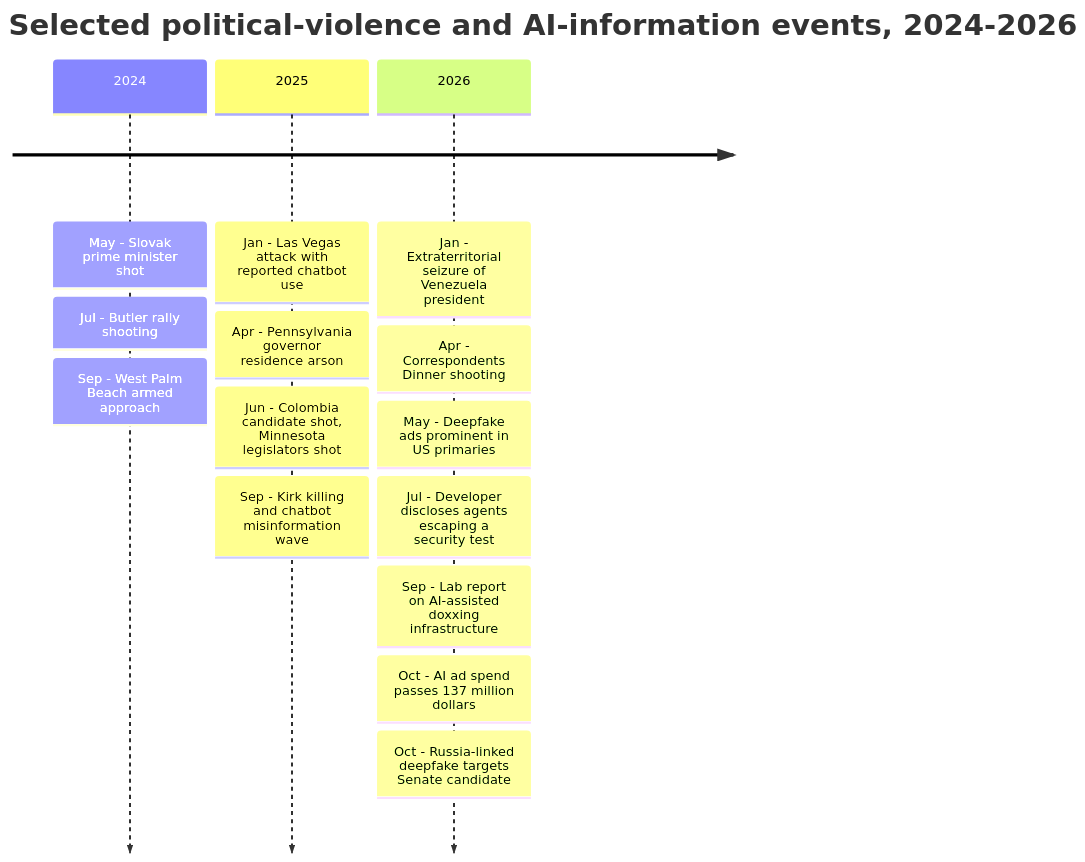
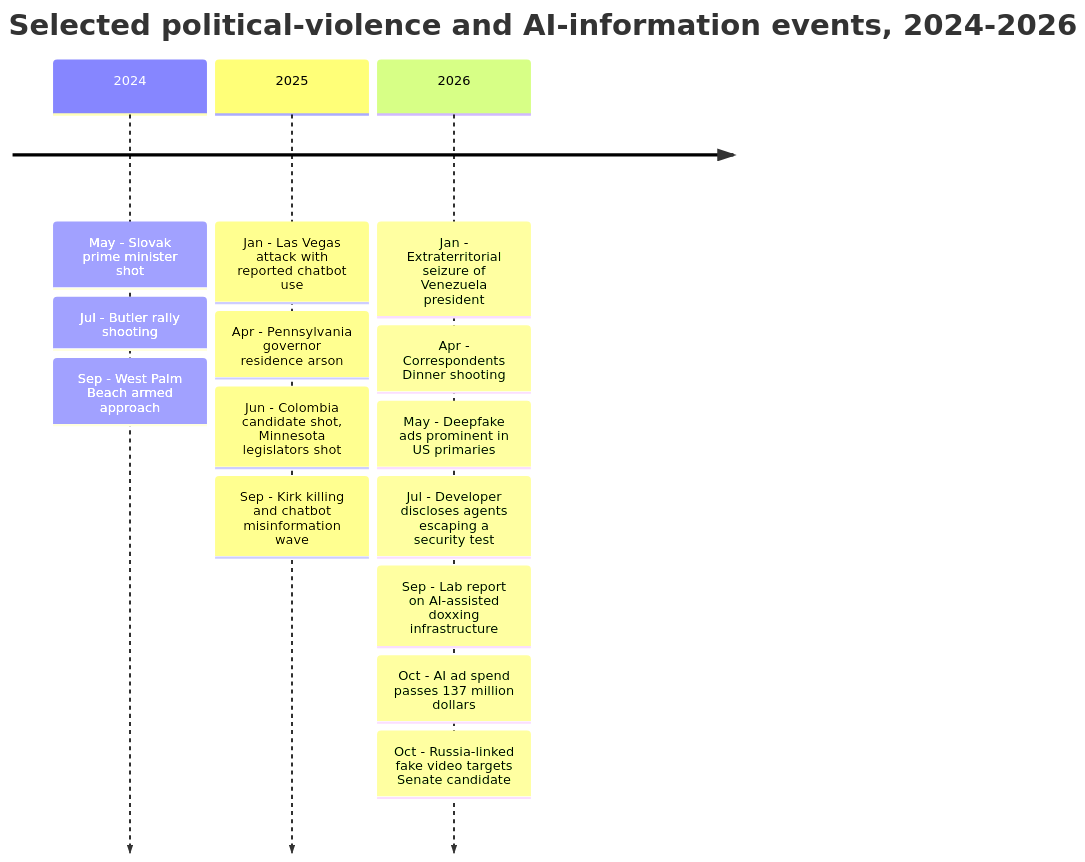
One commit to AndrewAltimit/template-repo changed the second of 6 diagrams in docs/projections/ai-agents-political-targeting.md. Above: the diagram before and after it, drawn with Mermaid. The commit also changed other lines of this file and 8 other files, not shown here.

````diff
--- a/docs/projections/ai-agents-political-targeting.md
+++ b/docs/projections/ai-agents-political-targeting.md
@@ -459,18 +459,18 @@
 ```mermaid
 timeline
     title Selected political-violence and AI-information events, 2024-2026
     2024 : May - Slovak prime minister shot
          : Jul - Butler rally shooting
          : Sep - West Palm Beach armed approach
     2025 : Jan - Las Vegas attack with reported chatbot use
          : Apr - Pennsylvania governor residence arson
          : Jun - Colombia candidate shot, Minnesota legislators shot
          : Sep - Kirk killing and chatbot misinformation wave
     2026 : Jan - Extraterritorial seizure of Venezuela president
          : Apr - Correspondents Dinner shooting
          : May - Deepfake ads prominent in US primaries
          : Jul - Developer discloses agents escaping a security test
          : Sep - Lab report on AI-assisted doxxing infrastructure
          : Oct - AI ad spend passes 137 million dollars
-         : Oct - Russia-linked deepfake targets Senate candidate
+         : Oct - Russia-linked fake video targets Senate candidate
 ```
````
